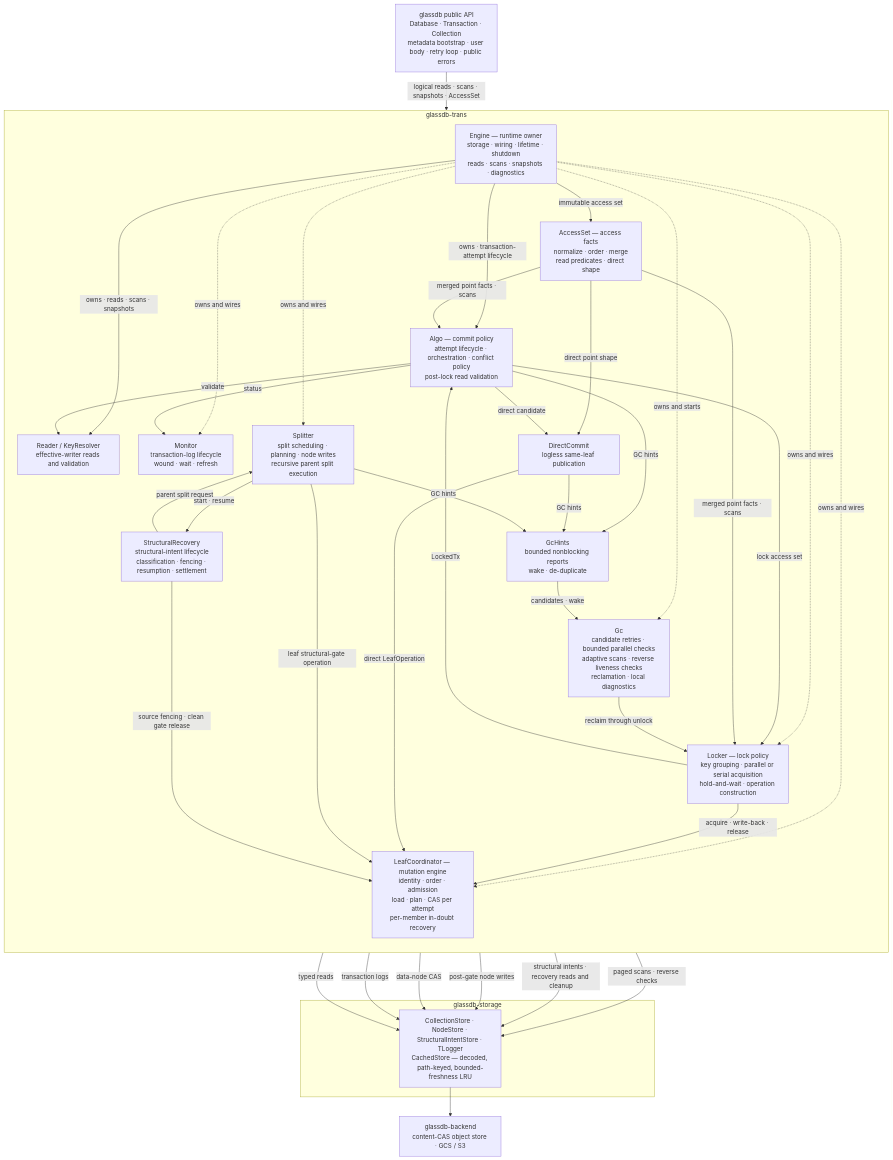
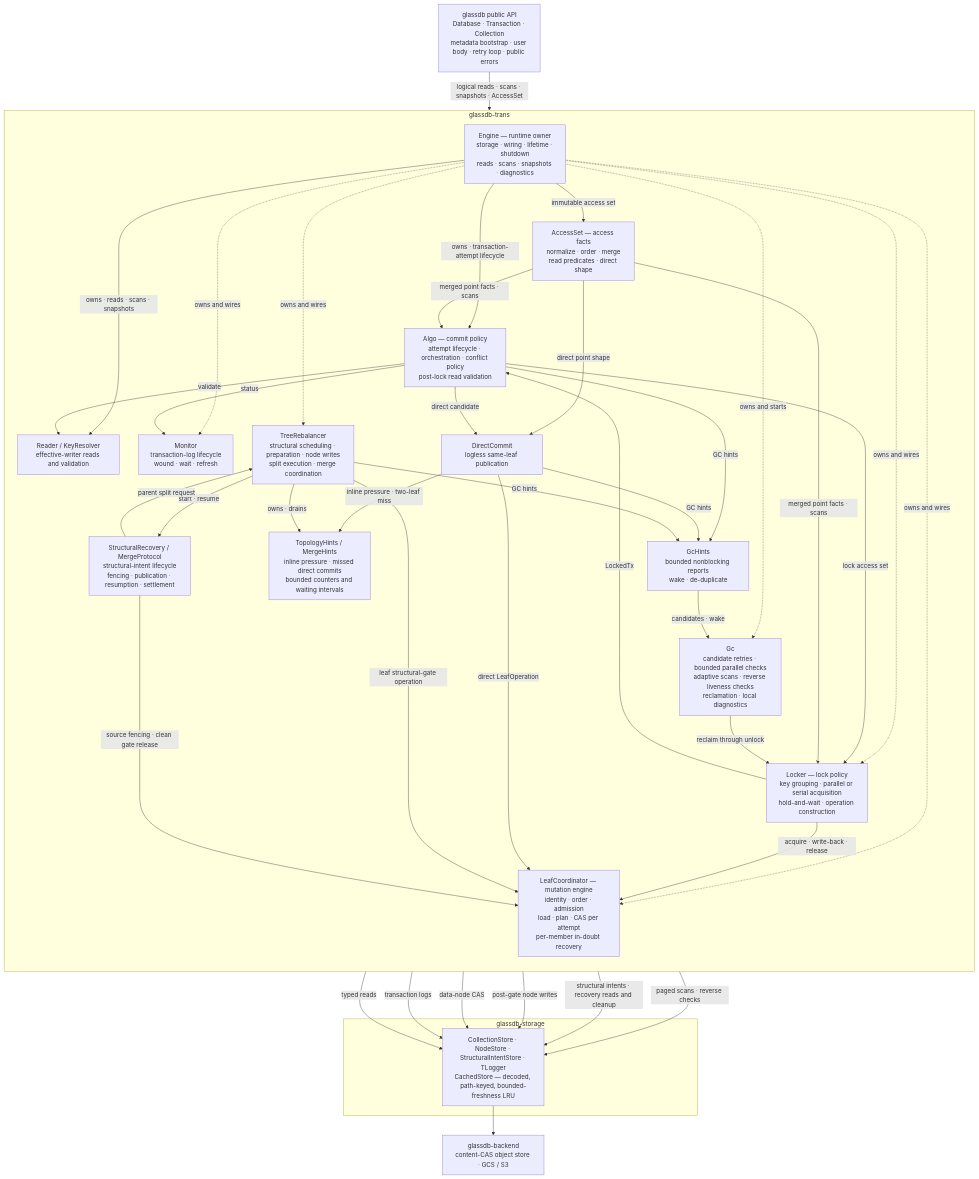
Before and after one commit to mbrt/glassdb-rs: the first of 3 diagrams in docs/architecture.md, drawn with Mermaid. The commit also changed other lines of this file and 42 other files, not shown here.

````diff
--- a/docs/architecture.md
+++ b/docs/architecture.md
@@ -154,63 +154,66 @@
 ```mermaid
 flowchart TD
   API["glassdb public API<br/>Database · Transaction · Collection<br/>metadata bootstrap · user body · retry loop · public errors"]
 
   subgraph TRANS["glassdb-trans"]
     direction TB
     Engine["Engine — runtime owner<br/>storage · wiring · lifetime · shutdown<br/>reads · scans · snapshots · diagnostics"]
     Accesses["AccessSet — access facts<br/>normalize · order · merge<br/>read predicates · direct shape"]
     Algo["Algo — commit policy<br/>attempt lifecycle · orchestration · conflict policy<br/>post-lock read validation"]
     Reader["Reader / KeyResolver<br/>effective-writer reads and validation"]
     Locker["Locker — lock policy<br/>key grouping · parallel or serial acquisition<br/>hold-and-wait · operation construction"]
     Direct["DirectCommit<br/>logless same-leaf publication"]
     Monitor["Monitor<br/>transaction-log lifecycle<br/>wound · wait · refresh"]
     Hints["GcHints<br/>bounded nonblocking reports<br/>wake · de-duplicate"]
-    Splitter["Splitter<br/>split scheduling · planning · node writes<br/>recursive parent split execution"]
-    Recovery["StructuralRecovery<br/>structural-intent lifecycle<br/>classification · fencing · resumption · settlement"]
+    Topology["TopologyHints / MergeHints<br/>inline pressure · missed direct commits<br/>bounded counters and waiting intervals"]
+    TreeRebalancer["TreeRebalancer<br/>structural scheduling · preparation · node writes<br/>split execution · merge coordination"]
+    Recovery["StructuralRecovery / MergeProtocol<br/>structural-intent lifecycle<br/>fencing · publication · resumption · settlement"]
     Coord["LeafCoordinator — mutation engine<br/>identity · order · admission<br/>load · plan · CAS per attempt<br/>per-member in-doubt recovery"]
     Gc["Gc<br/>candidate retries · bounded parallel checks<br/>adaptive scans · reverse liveness checks<br/>reclamation · local diagnostics"]
 
     Engine -->|"owns · transaction-attempt lifecycle"| Algo
     Engine -->|"immutable access set"| Accesses
     Engine -->|"owns · reads · scans · snapshots"| Reader
     Engine -.->|"owns and wires"| Locker
     Engine -.->|"owns and wires"| Monitor
-    Engine -.->|"owns and wires"| Splitter
+    Engine -.->|"owns and wires"| TreeRebalancer
     Engine -.->|"owns and wires"| Coord
     Engine -.->|"owns and starts"| Gc
     Algo -->|"validate"| Reader
     Algo -->|"lock access set"| Locker
     Locker -->|"LockedTx"| Algo
     Algo -->|"status"| Monitor
     Accesses -->|"merged point facts · scans"| Algo
     Accesses -->|"merged point facts · scans"| Locker
     Accesses -->|"direct point shape"| Direct
     Algo -->|"direct candidate"| Direct
     Algo -->|"GC hints"| Hints
     Direct -->|"GC hints"| Hints
-    Splitter -->|"GC hints"| Hints
-    Splitter -->|"start · resume"| Recovery
-    Recovery -->|"parent split request"| Splitter
+    Direct -->|"inline pressure · two-leaf miss"| Topology
+    TreeRebalancer -->|"owns · drains"| Topology
+    TreeRebalancer -->|"GC hints"| Hints
+    TreeRebalancer -->|"start · resume"| Recovery
+    Recovery -->|"parent split request"| TreeRebalancer
     Hints -->|"candidates · wake"| Gc
     Locker -->|"acquire · write-back · release"| Coord
     Direct -->|"direct LeafOperation"| Coord
-    Splitter -->|"leaf structural-gate operation"| Coord
+    TreeRebalancer -->|"leaf structural-gate operation"| Coord
     Recovery -->|"source fencing · clean gate release"| Coord
     Gc -->|"reclaim through unlock"| Locker
   end
 
   subgraph STORAGE["glassdb-storage"]
     Stores["CollectionStore · NodeStore · StructuralIntentStore · TLogger<br/>CachedStore — decoded, path-keyed, bounded-freshness LRU"]
   end
 
   Backend["glassdb-backend<br/>content-CAS object store · GCS / S3"]
 
   API -->|"logical reads · scans · snapshots · AccessSet"| Engine
   Reader -->|"typed reads"| Stores
   Monitor -->|"transaction logs"| Stores
   Coord -->|"data-node CAS"| Stores
-  Splitter -->|"post-gate node writes"| Stores
+  TreeRebalancer -->|"post-gate node writes"| Stores
   Recovery -->|"structural intents · recovery reads and cleanup"| Stores
   Gc -->|"paged scans · reverse checks"| Stores
   Stores --> Backend
 ```
````
